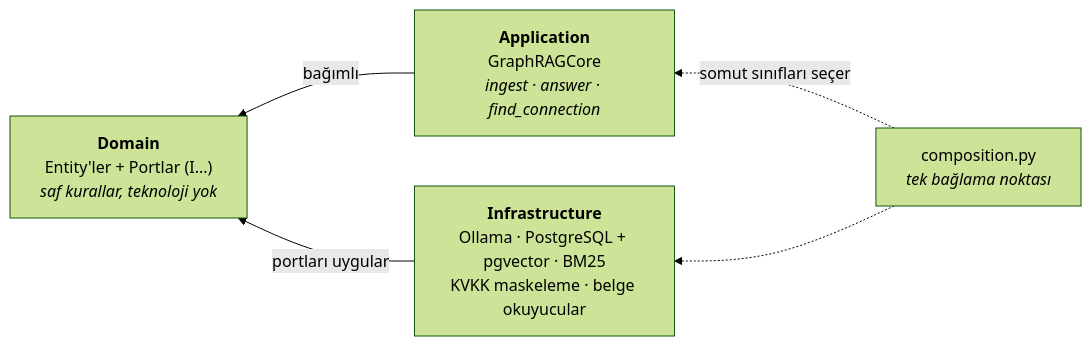
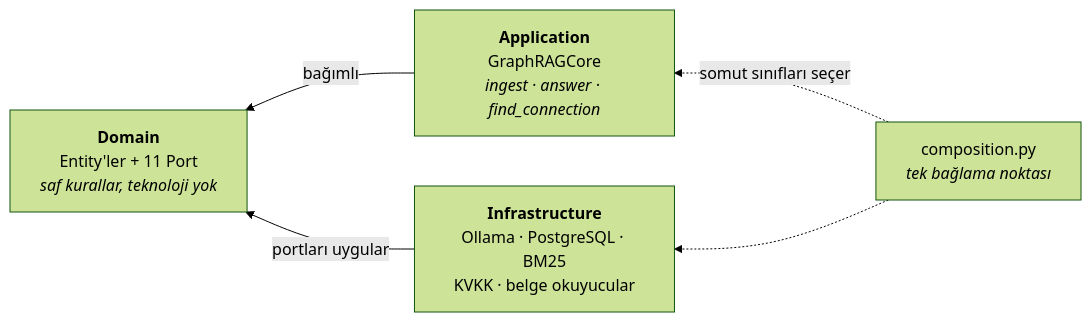
One commit to selimdogann/arsiv-zekasi-graphrag changed the first of 2 diagrams in README.md. Above: the diagram before and after it, drawn with Mermaid (forest theme). The commit also changed other lines of this file and 3 other files, not shown here.

````diff
--- a/README.md
+++ b/README.md
@@ -70,12 +110,12 @@
 ```mermaid
 flowchart RL
     A["<b>Application</b><br/>GraphRAGCore<br/><i>ingest · answer · find_connection</i>"]
-    I["<b>Infrastructure</b><br/>Ollama · PostgreSQL + pgvector · BM25<br/>KVKK maskeleme · belge okuyucular"]
-    D["<b>Domain</b><br/>Entity'ler + Portlar (I...)<br/><i>saf kurallar, teknoloji yok</i>"]
+    I["<b>Infrastructure</b><br/>Ollama · PostgreSQL · BM25<br/>KVKK · belge okuyucular"]
+    D["<b>Domain</b><br/>Entity'ler + 11 Port<br/><i>saf kurallar, teknoloji yok</i>"]
     C["composition.py<br/><i>tek bağlama noktası</i>"]
 
     A -- "bağımlı" --> D
     I -- "portları uygular" --> D
     C -. "somut sınıfları seçer" .-> A
     C -.-> I
 ```
````
